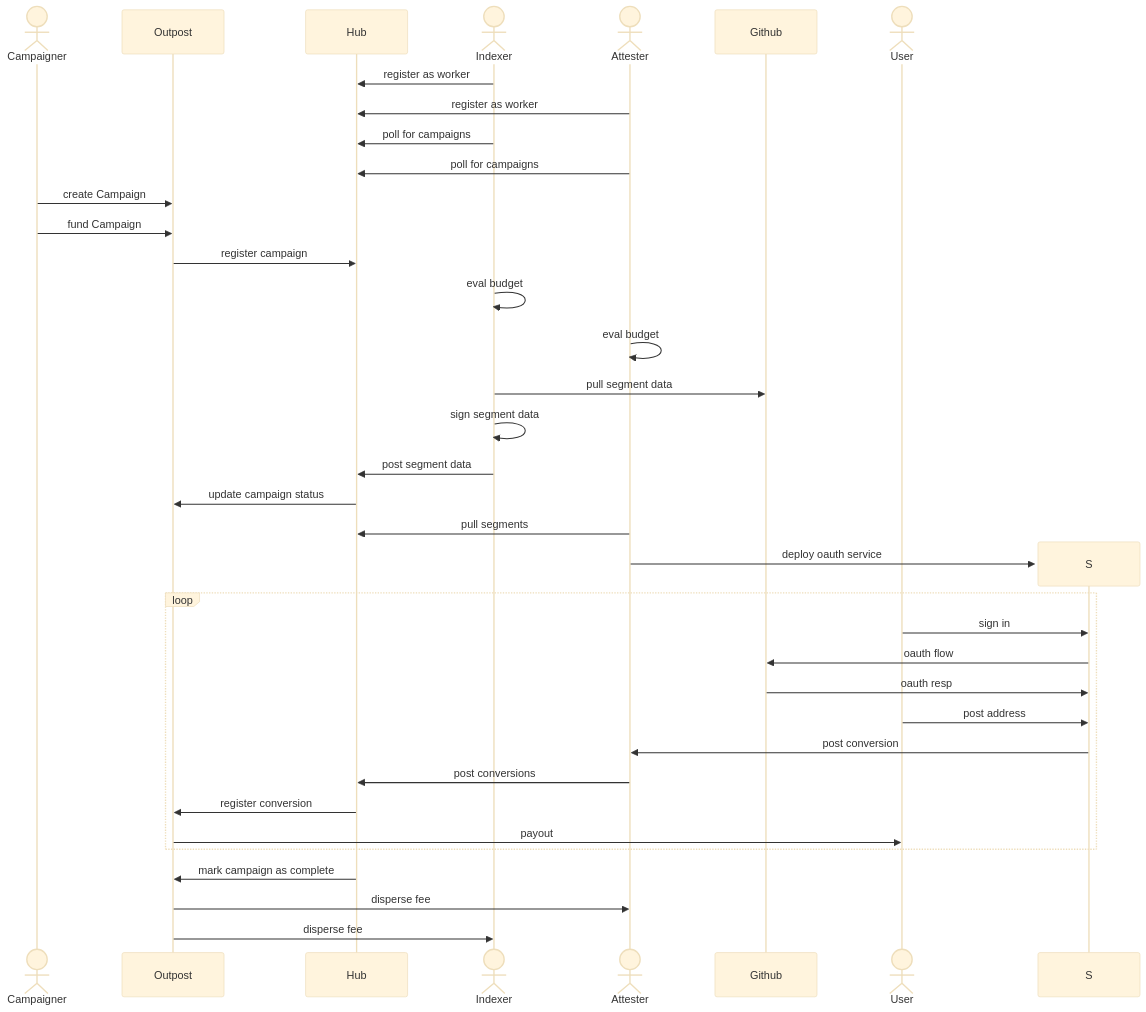
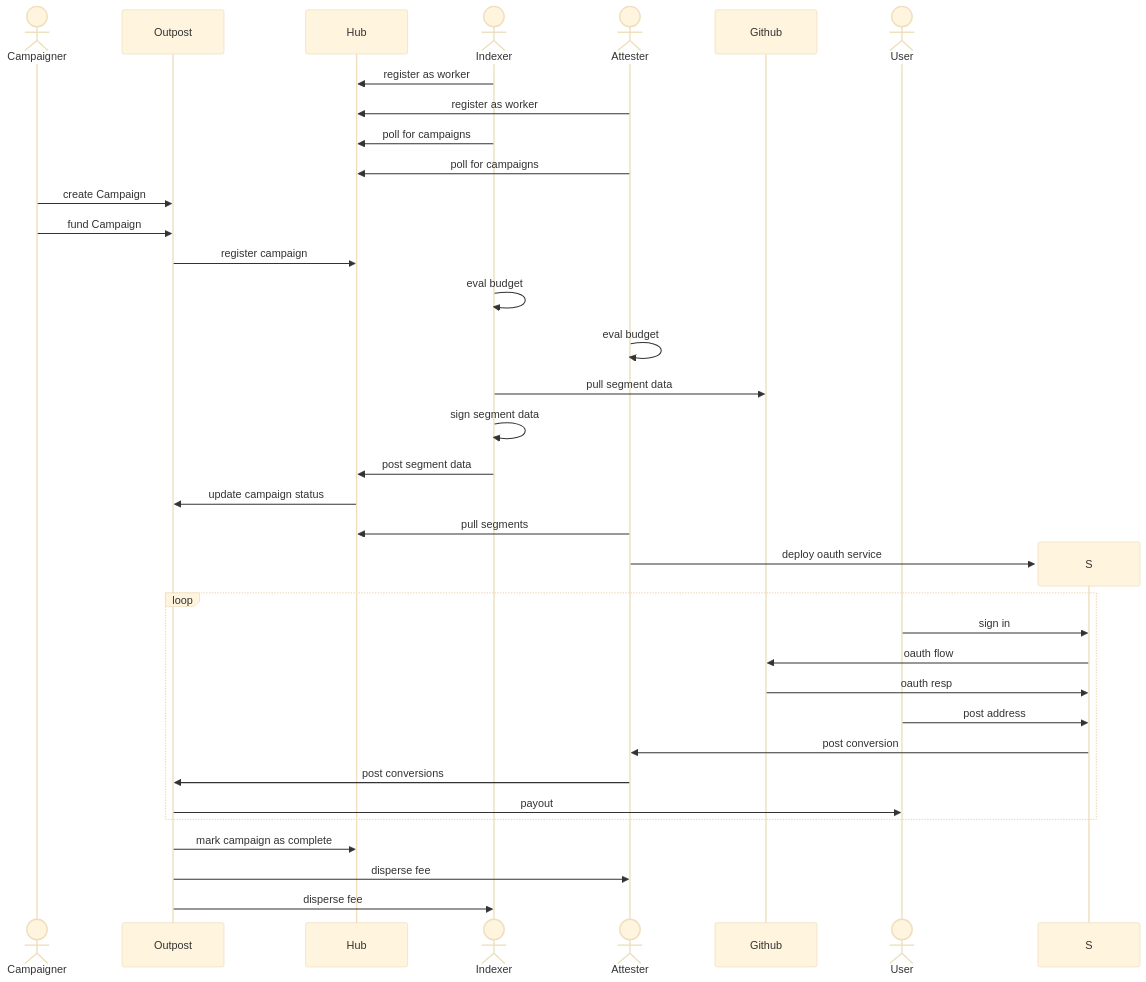
One commit to filament-zone/filament changed the diagram in docs/spec/src/git-hub.md. Above: the diagram before and after it, drawn with Mermaid (base theme). The commit also changed other lines of this file, not shown here.

Commit message:
feat(spec): Post conversions to outpost

````diff
--- a/docs/spec/src/git-hub.md
+++ b/docs/spec/src/git-hub.md
@@ -17,44 +17,43 @@
 ``` mermaid
 sequenceDiagram
 
     actor C as Campaigner
     participant O as Outpost
     participant H as Hub
     actor I as Indexer
     actor A as Attester
     participant G as Github
     actor U as User
 
     I->>H: register as worker
     A->>H: register as worker
     I->>H: poll for campaigns
     A->>H: poll for campaigns
     C->>O: create Campaign
     C->>O: fund Campaign
     O->>H: register campaign
     I->>I: eval budget
     A->>A: eval budget
     I->>G: pull segment data
     I->>I: sign segment data
     I->>H: post segment data
     H->>O: update campaign status
     A->>H: pull segments
 
     create participant S
 
     A->>S: deploy oauth service
     loop
         U->>S: sign in
         S->>G: oauth flow
         G->>S: oauth resp
         U->>S: post address
         S->>A: post conversion
-        A->>H: post conversions
-        H->>O: register conversion
+        A->>O: post conversions
         O->>U: payout
     end
 
-    H->>O: mark campaign as complete
+    O->>H: mark campaign as complete
     O->>A: disperse fee
     O->>I: disperse fee
 ```
````
